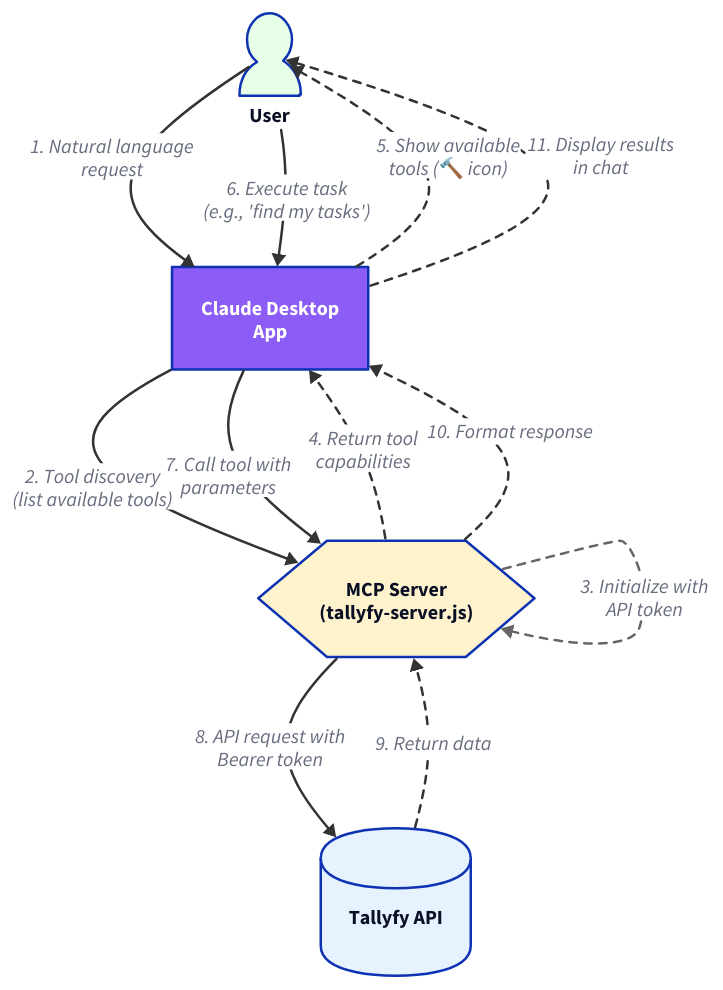
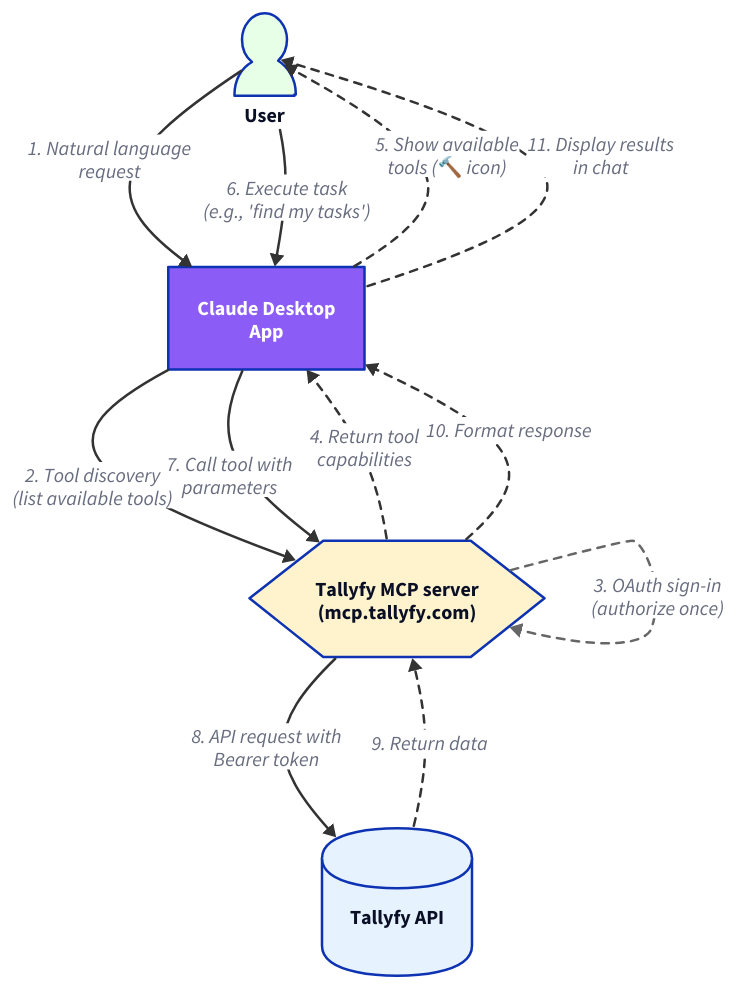
The diagram in src/content/docs/pro/integrations/mcp-server/claude-anthropic/index.mdx (tallyfy/documentation), drawn with D2 before and after one commit. The commit also changed other lines of this file, not shown here.

First line of the commit message:
docs: fix claude-anthropic MCP page to the hosted connector model (#78)

````diff
--- a/src/content/docs/pro/integrations/mcp-server/claude-anthropic/index.mdx
+++ b/src/content/docs/pro/integrations/mcp-server/claude-anthropic/index.mdx
@@ -76,76 +76,76 @@
 ```d2
 direction: down
 
 User: "User" {
   shape: person
   style.fill: "#e6ffe6"
 }
 
 Claude: "Claude Desktop\nApp" {
   shape: rectangle
   style.fill: "#8b5cf6"
   style.font-color: "#fff"
 }
 
-MCP: "MCP Server\n(tallyfy-server.js)" {
+MCP: "Tallyfy MCP server\n(mcp.tallyfy.com)" {
   shape: hexagon
   style.fill: "#fff3cd"
 }
 
 API: "Tallyfy API" {
   shape: cylinder
   style.fill: "#e6f3ff"
 }
 
 User -> Claude: "1. Natural language\nrequest" {
   style.stroke: "#333"
 }
 
 Claude -> MCP: "2. Tool discovery\n(list available tools)" {
   style.stroke: "#333"
 }
 
-MCP -> MCP: "3. Initialize with\nAPI token" {
+MCP -> MCP: "3. OAuth sign-in\n(authorize once)" {
   style.stroke: "#666"
   style.stroke-dash: 3
 }
 
 MCP -> Claude: "4. Return tool\ncapabilities" {
   style.stroke: "#333"
   style.stroke-dash: 3
 }
 
 Claude -> User: "5. Show available\ntools (🔨 icon)" {
   style.stroke: "#333"
   style.stroke-dash: 3
 }
 
 User -> Claude: "6. Execute task\n(e.g., 'find my tasks')" {
   style.stroke: "#333"
   style.stroke-width: 2
 }
 
 Claude -> MCP: "7. Call tool with\nparameters" {
   style.stroke: "#333"
 }
 
 MCP -> API: "8. API request with\nBearer token" {
   style.stroke: "#333"
   style.stroke-width: 2
 }
 
 API -> MCP: "9. Return data" {
   style.stroke: "#333"
   style.stroke-dash: 3
 }
 
 MCP -> Claude: "10. Format response" {
   style.stroke: "#333"
   style.stroke-dash: 3
 }
 
 Claude -> User: "11. Display results\nin chat" {
   style.stroke: "#333"
   style.stroke-dash: 3
 }
 ```
````
